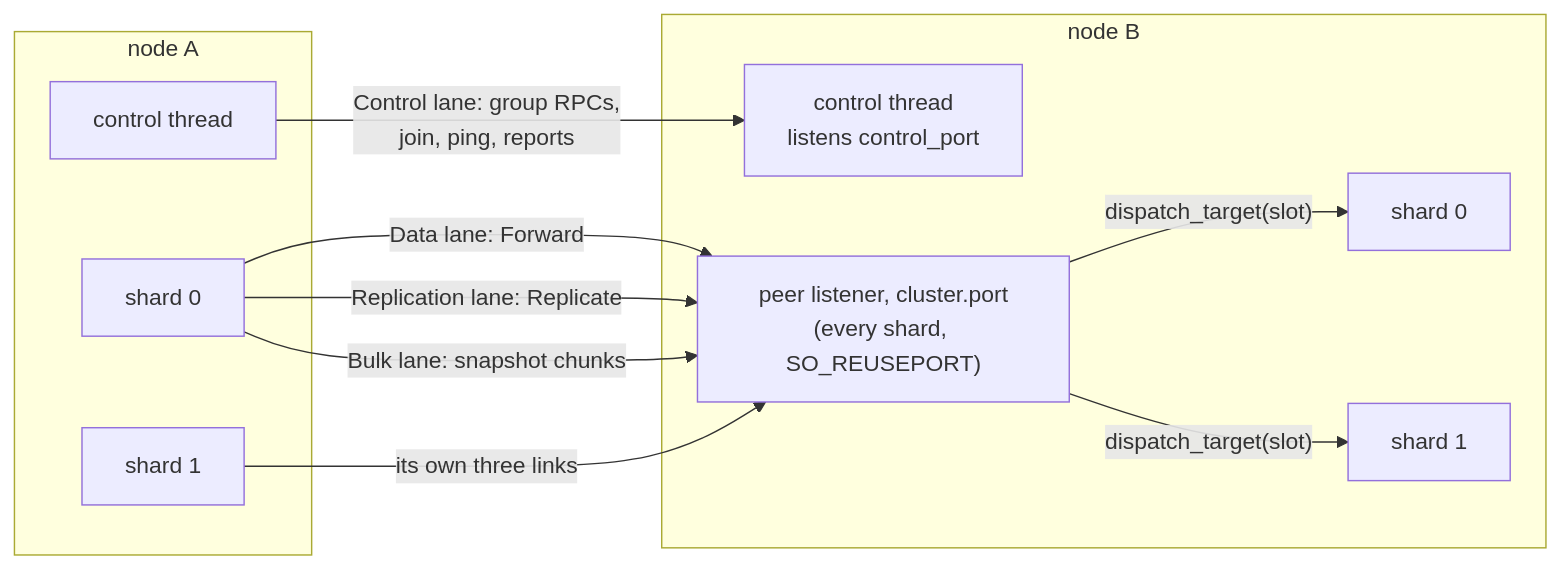
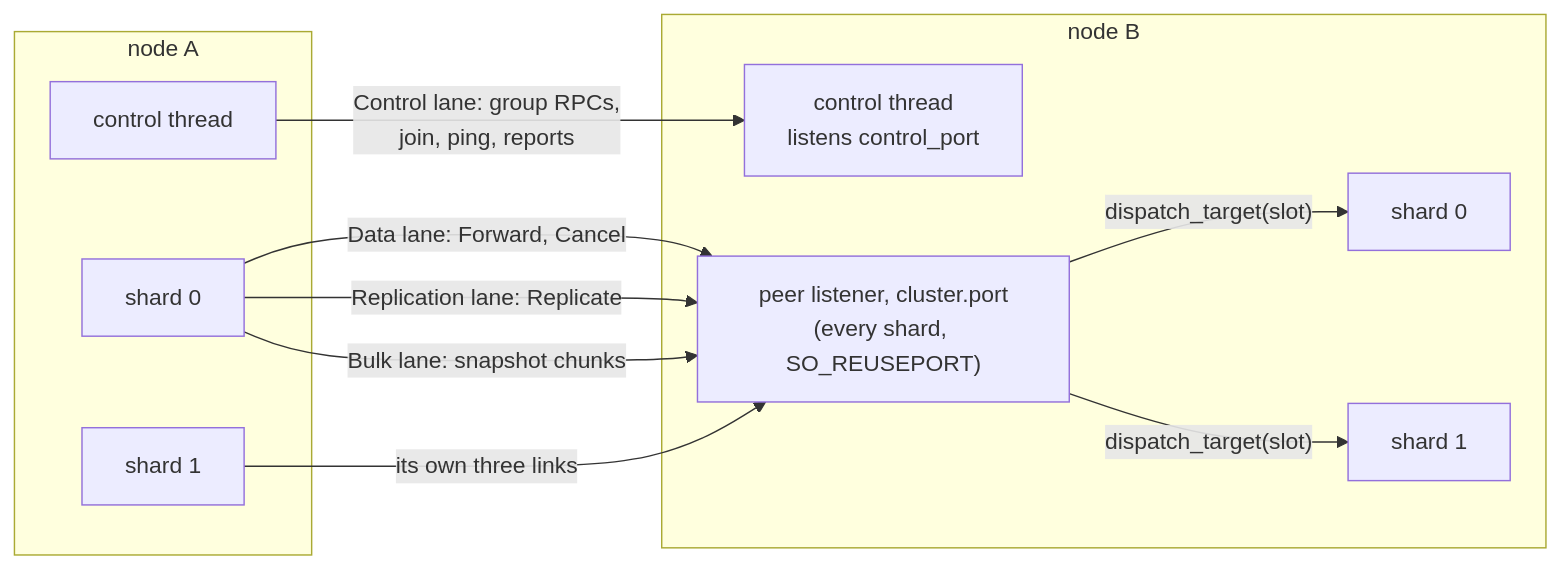
Before and after one commit to mjcarson/shoal: the first of 2 diagrams in docs/src/distributed/transport.md, drawn with Mermaid. The commit also changed other lines of this file and 66 other files, not shown here.

````diff
--- a/docs/src/distributed/transport.md
+++ b/docs/src/distributed/transport.md
@@ -26,21 +26,21 @@
 ```mermaid
 flowchart LR
     subgraph a["node A"]
         ac["control thread"]
         as0["shard 0"]
         as1["shard 1"]
     end
     subgraph b["node B"]
         bc["control thread<br/>listens control_port"]
         bl["peer listener, cluster.port<br/>(every shard, SO_REUSEPORT)"]
         bs0["shard 0"]
         bs1["shard 1"]
     end
     ac -- "Control lane: group RPCs,<br/>join, ping, reports" --> bc
-    as0 -- "Data lane: Forward" --> bl
+    as0 -- "Data lane: Forward, Cancel" --> bl
     as0 -- "Replication lane: Replicate" --> bl
     as0 -- "Bulk lane: snapshot chunks" --> bl
     as1 -- "its own three links" --> bl
     bl -- "dispatch_target(slot)" --> bs0
     bl -- "dispatch_target(slot)" --> bs1
 ```
````
